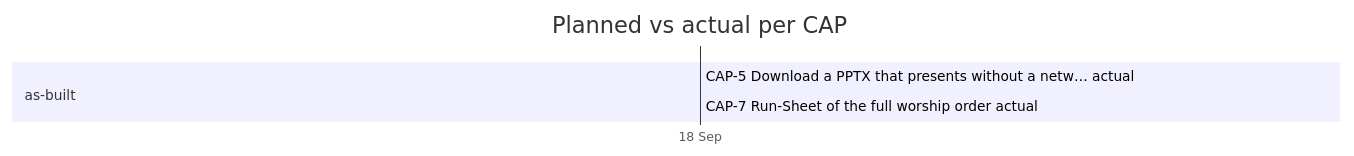
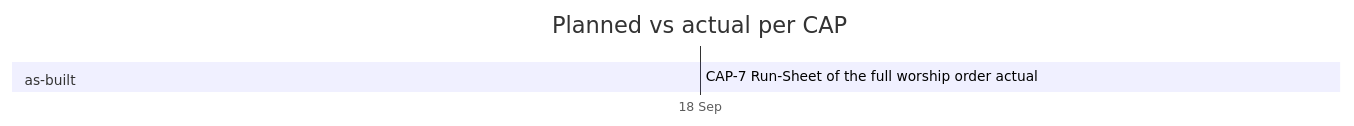
One commit to wiradeltaid/worship-deck changed the diagram in .control/generated/timeline.md. Above: the diagram before and after it, drawn with Mermaid. The commit also changed other lines of this file and 40 other files, not shown here.

````diff
--- a/.control/generated/timeline.md
+++ b/.control/generated/timeline.md
@@ -7,11 +7,10 @@
 ```mermaid
 gantt
     dateFormat YYYY-MM-DD
     axisFormat %d %b
     title Planned vs actual per CAP
 
     section as-built
-    CAP-5 Download a PPTX that presents without a netw… actual :done, cap5a, 2026-09-18, 2026-09-18
     CAP-7 Run-Sheet of the full worship order actual :done, cap7a, 2026-09-18, 2026-09-18
 
 ```
````
